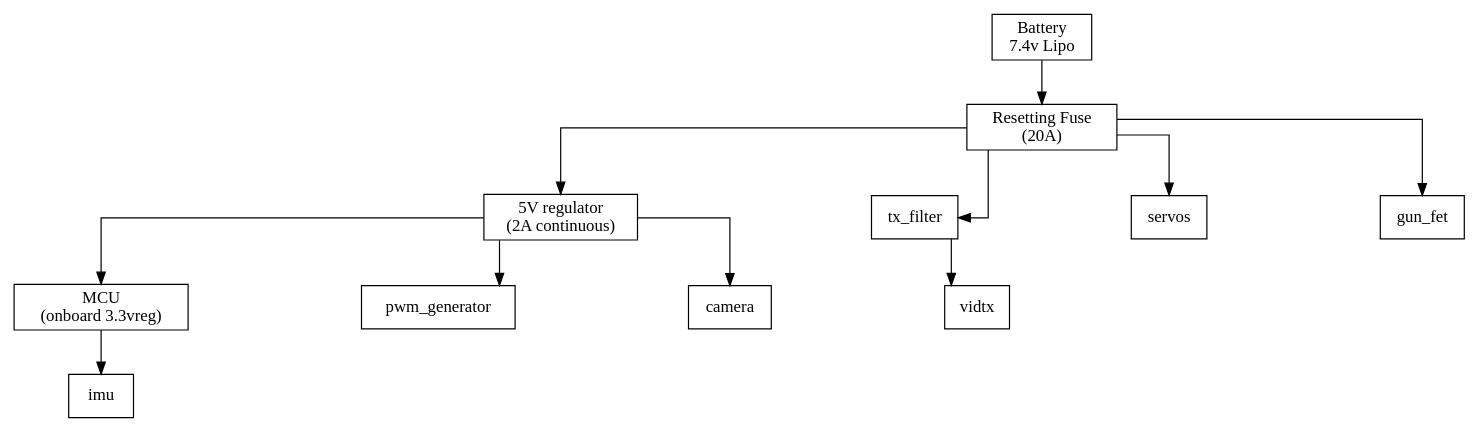
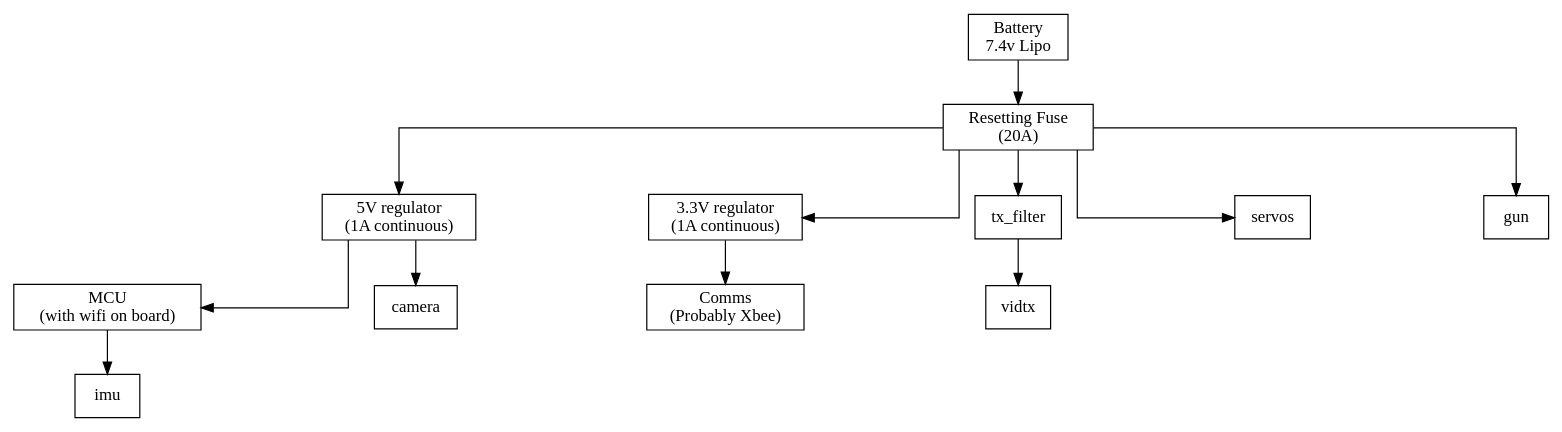
One commit to sdfgeoff/slate-mech changed the diagram in diagrams/power.dot. Above: the diagram before and after it, drawn with Graphviz. The commit also changed 8 other files, not shown here.

```diff
--- a/diagrams/power.dot
+++ b/diagrams/power.dot
@@ -1,24 +1,26 @@
 digraph {
 	rankdir=TB
 	graph [splines=ortho, nodesep=2]
 	node [shape=record]
 
 
 	battery [label="Battery\n7.4v Lipo"]
 	resetting_fuse [label="Resetting Fuse\n(20A)"]
-	vreg_5v [label="5V regulator\n(2A continuous)"]
-	mcu [label="MCU\n(onboard 3.3vreg)"]
+	vreg_5v [label="5V regulator\n(1A continuous)"]
+	vreg_3v [label="3.3V regulator\n(1A continuous)"]
+	comms [label="Comms\n(Probably Xbee)"]
+	mcu [label="MCU\n(with wifi on board)"]
 
 
 	battery -> resetting_fuse
 	resetting_fuse -> tx_filter
 	resetting_fuse -> servos
-	resetting_fuse -> gun_fet
+	resetting_fuse -> gun
 	resetting_fuse -> vreg_5v
+	resetting_fuse -> vreg_3v
 	mcu -> imu
-	vreg_5v -> pwm_generator
 	vreg_5v -> camera
 	vreg_5v -> mcu
+	vreg_3v -> comms
 	tx_filter -> vidtx
-
 }
```
